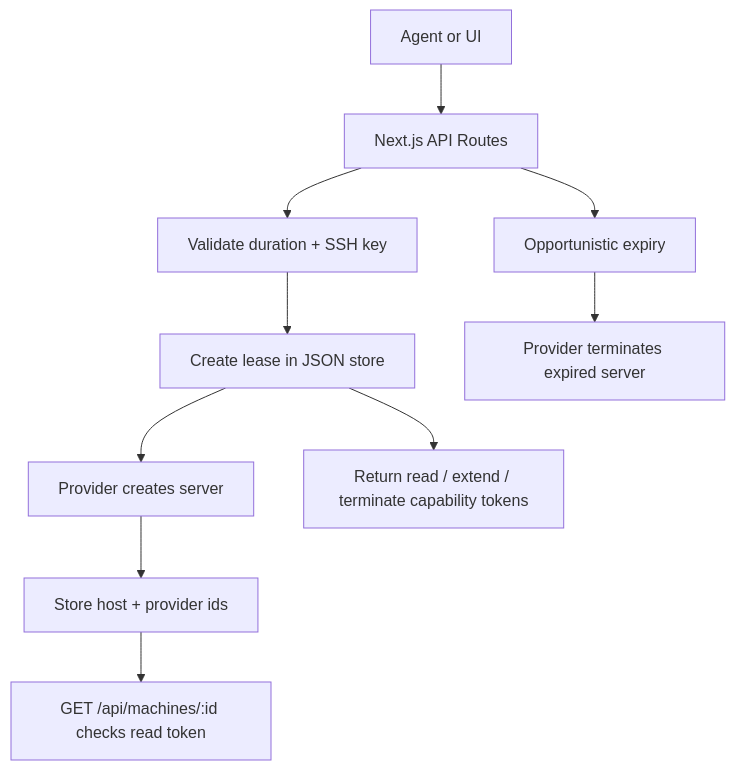
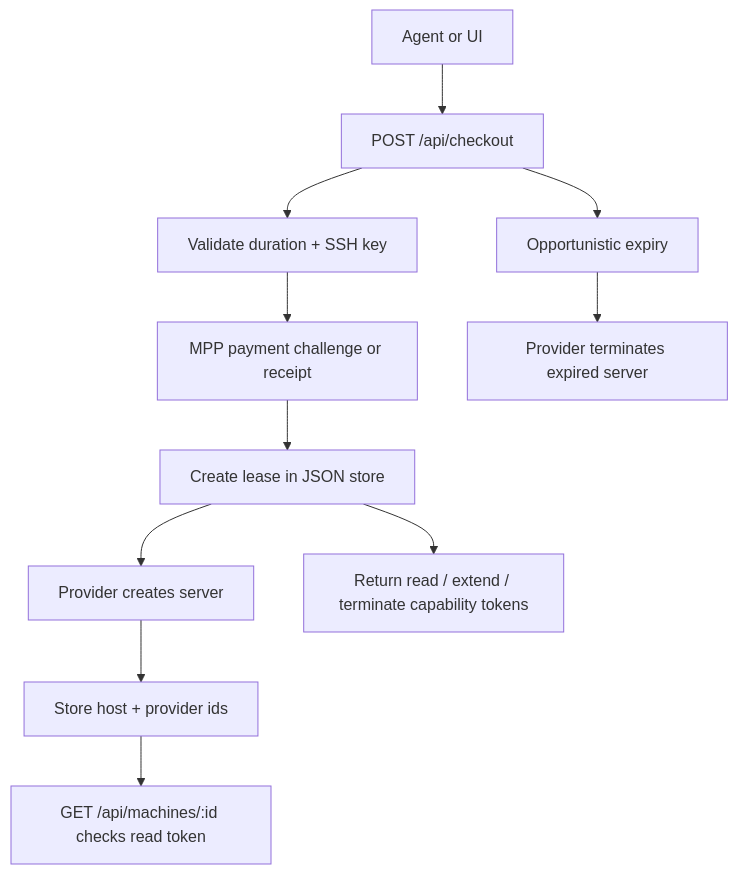
Before and after one commit to stepandel/compute-store: the diagram in README.md, drawn with Mermaid. The commit also changed other lines of this file and 10 other files, not shown here.

Commit message:
Add MPP checkout flow

````diff
--- a/README.md
+++ b/README.md
@@ -108,12 +163,13 @@
 ```mermaid
 flowchart TD
-  A["Agent or UI"] --> B["Next.js API Routes"]
+  A["Agent or UI"] --> B["POST /api/checkout"]
   B --> C["Validate duration + SSH key"]
-  C --> D["Create lease in JSON store"]
+  C --> P["MPP payment challenge or receipt"]
+  P --> D["Create lease in JSON store"]
   D --> E["Provider creates server"]
   E --> F["Store host + provider ids"]
   D --> J["Return read / extend / terminate capability tokens"]
   F --> G["GET /api/machines/:id checks read token"]
   B --> H["Opportunistic expiry"]
   H --> I["Provider terminates expired server"]
 ```
````
